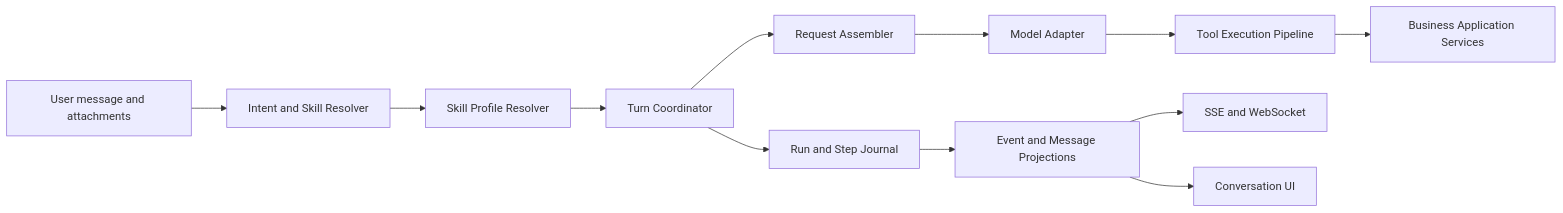
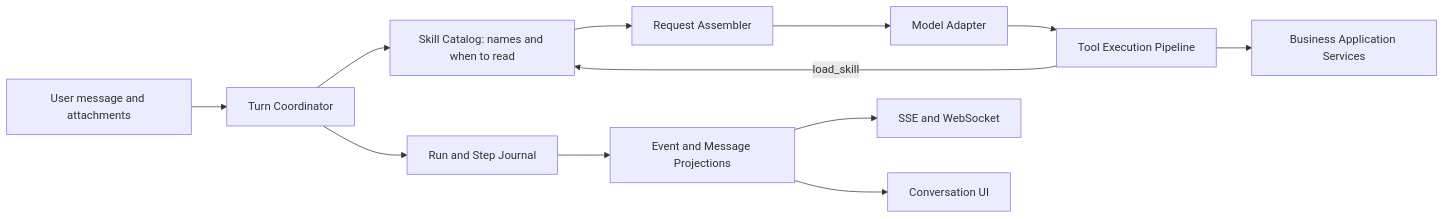
Before and after one commit to DsirNG/xander-lab-backend: the diagram in docs/AGENT_HARNESS_REFACTOR.md, drawn with Mermaid. The commit also changed other lines of this file and 26 other files, not shown here.

````diff
--- a/docs/AGENT_HARNESS_REFACTOR.md
+++ b/docs/AGENT_HARNESS_REFACTOR.md
@@ -128,14 +133,14 @@
 ```mermaid
 flowchart LR
-    U[User message and attachments] --> R[Intent and Skill Resolver]
-    R --> P[Skill Profile Resolver]
-    P --> C[Turn Coordinator]
-    C --> A[Request Assembler]
+    U[User message and attachments] --> C[Turn Coordinator]
+    C --> K[Skill Catalog: names and when to read]
+    K --> A[Request Assembler]
     A --> M[Model Adapter]
     M --> T[Tool Execution Pipeline]
+    T -->|load_skill| K
     T --> B[Business Application Services]
     C --> J[Run and Step Journal]
     J --> E[Event and Message Projections]
     E --> S[SSE and WebSocket]
     E --> V[Conversation UI]
 ```
````
